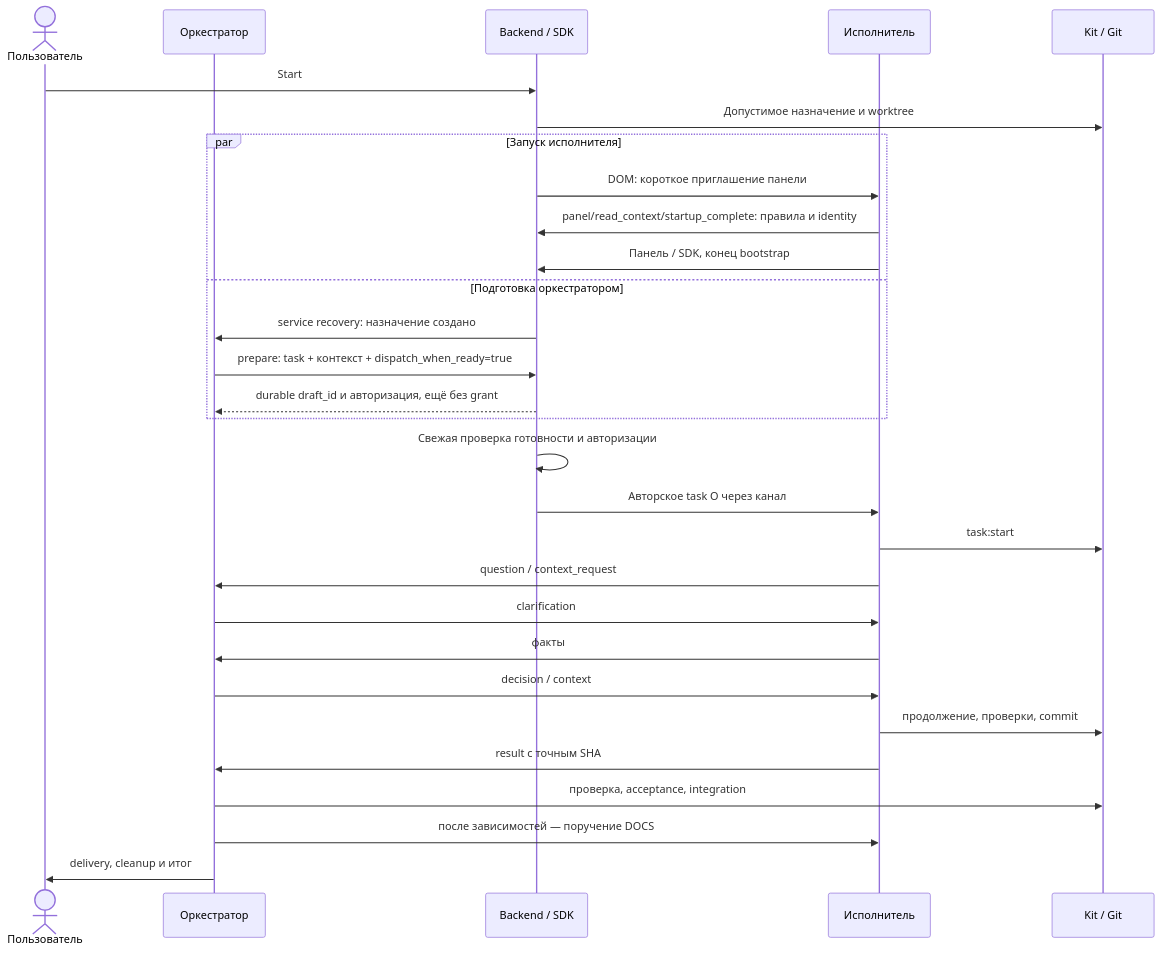
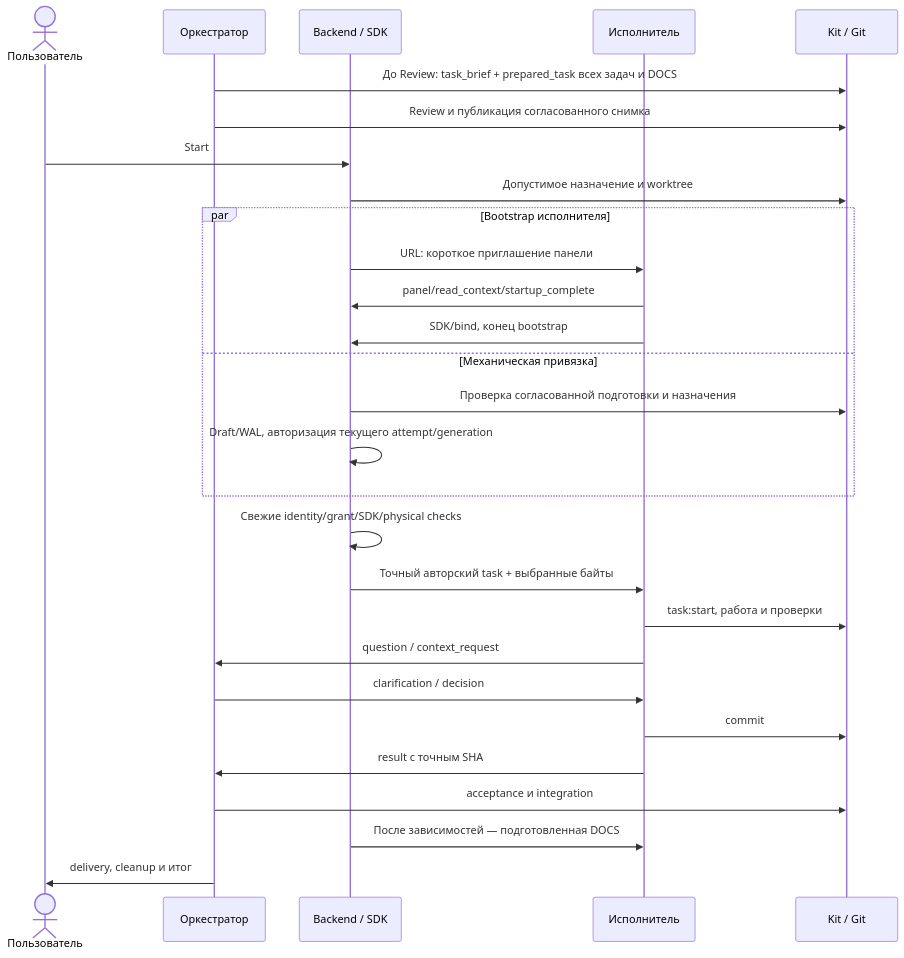
Before and after one commit to OleynikAleksandr/Workflow_Pilot: the diagram in docs/modules/assignment-dialogue.md, drawn with Mermaid. The commit also changed other lines of this file and 26 other files, not shown here.

````diff
--- a/docs/modules/assignment-dialogue.md
+++ b/docs/modules/assignment-dialogue.md
@@ -20,31 +20,30 @@
 ```mermaid
 sequenceDiagram
     actor U as Пользователь
     participant O as Оркестратор
     participant B as Backend / SDK
     participant E as Исполнитель
     participant K as Kit / Git
+    O->>K: До Review: task_brief + prepared_task всех задач и DOCS
+    O->>K: Review и публикация согласованного снимка
     U->>B: Start
     B->>K: Допустимое назначение и worktree
-    par Запуск исполнителя
-        B->>E: DOM: короткое приглашение панели
-        E->>B: panel/read_context/startup_complete: правила и identity
-        E->>B: Панель / SDK, конец bootstrap
-    and Подготовка оркестратором
-        B->>O: service recovery: назначение создано
-        O->>B: prepare: task + контекст + dispatch_when_ready=true
-        B-->>O: durable draft_id и авторизация, ещё без grant
+    par Bootstrap исполнителя
+        B->>E: URL: короткое приглашение панели
+        E->>B: panel/read_context/startup_complete
+        E->>B: SDK/bind, конец bootstrap
+    and Механическая привязка
+        B->>K: Проверка согласованной подготовки и назначения
+        B->>B: Draft/WAL, авторизация текущего attempt/generation
     end
-    B->>B: Свежая проверка готовности и авторизации
-    B->>E: Авторское task O через канал
-    E->>K: task:start
+    B->>B: Свежие identity/grant/SDK/physical checks
+    B->>E: Точный авторский task + выбранные байты
+    E->>K: task:start, работа и проверки
     E->>O: question / context_request
-    O->>E: clarification
-    E->>O: факты
-    O->>E: decision / context
-    E->>K: продолжение, проверки, commit
+    O->>E: clarification / decision
+    E->>K: commit
     E->>O: result с точным SHA
-    O->>K: проверка, acceptance, integration
-    O->>E: после зависимостей — поручение DOCS
+    O->>K: acceptance и integration
+    B->>E: После зависимостей — подготовленная DOCS
     O->>U: delivery, cleanup и итог
 ```
````
